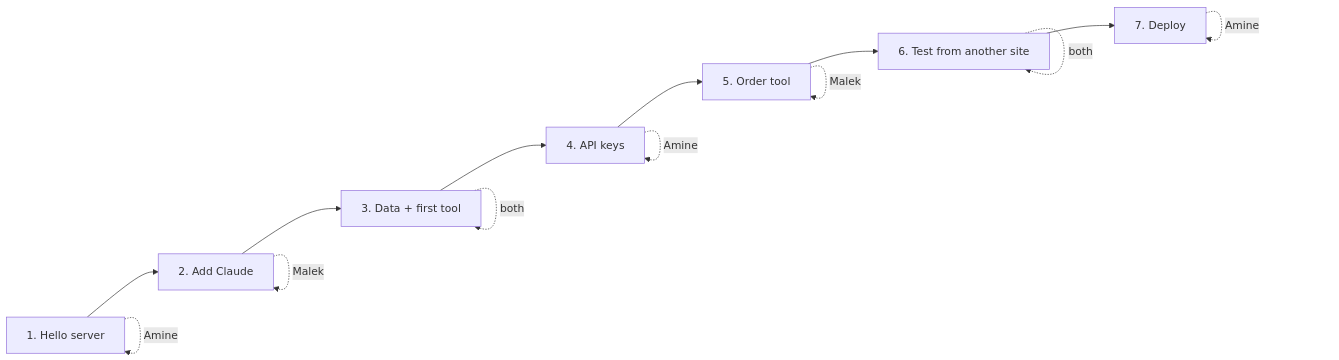
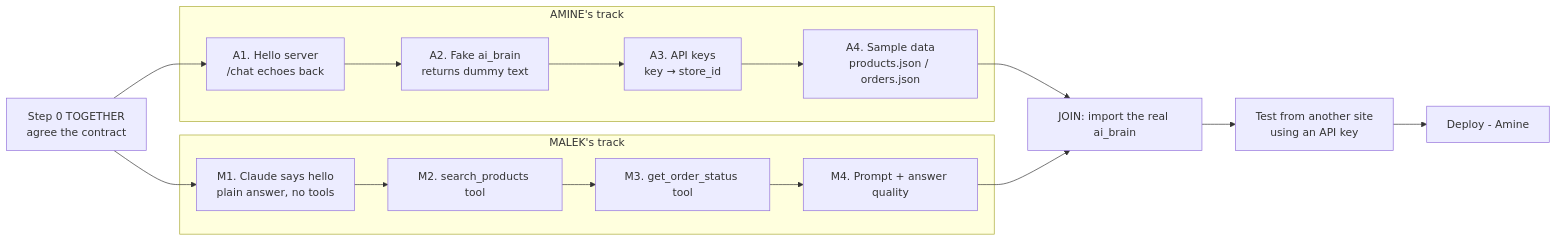
The sixth of 6 diagrams in PROJECT.md (Abdelmalek-Zouaoui/ecommerce-ai-assistant), drawn with Mermaid before and after one commit. The commit also changed other lines of this file, not shown here.

````diff
--- a/PROJECT.md
+++ b/PROJECT.md
@@ -182,17 +312,24 @@
 ```mermaid
 flowchart LR
-    S1[1. Hello server] --> S2[2. Add Claude]
-    S2 --> S3[3. Data + first tool]
-    S3 --> S4[4. API keys]
-    S4 --> S5[5. Order tool]
-    S5 --> S6[6. Test from another site]
-    S6 --> S7[7. Deploy]
+    S0[Step 0 TOGETHER<br/>agree the contract]
 
-    S1 -.Amine.-> S1
-    S2 -.Malek.-> S2
-    S3 -.both.-> S3
-    S4 -.Amine.-> S4
-    S5 -.Malek.-> S5
-    S6 -.both.-> S6
-    S7 -.Amine.-> S7
+    S0 --> A1
+    S0 --> M1
+
+    subgraph AT["AMINE's track"]
+        A1[A1. Hello server<br/>/chat echoes back] --> A2[A2. Fake ai_brain<br/>returns dummy text]
+        A2 --> A3[A3. API keys<br/>key → store_id]
+        A3 --> A4[A4. Sample data<br/>products.json / orders.json]
+    end
+
+    subgraph MT["MALEK's track"]
+        M1[M1. Claude says hello<br/>plain answer, no tools] --> M2[M2. search_products tool]
+        M2 --> M3[M3. get_order_status tool]
+        M3 --> M4[M4. Prompt + answer quality]
+    end
+
+    A4 --> J[JOIN: import the real ai_brain]
+    M4 --> J
+    J --> T[Test from another site<br/>using an API key]
+    T --> D[Deploy - Amine]
 ```
````
